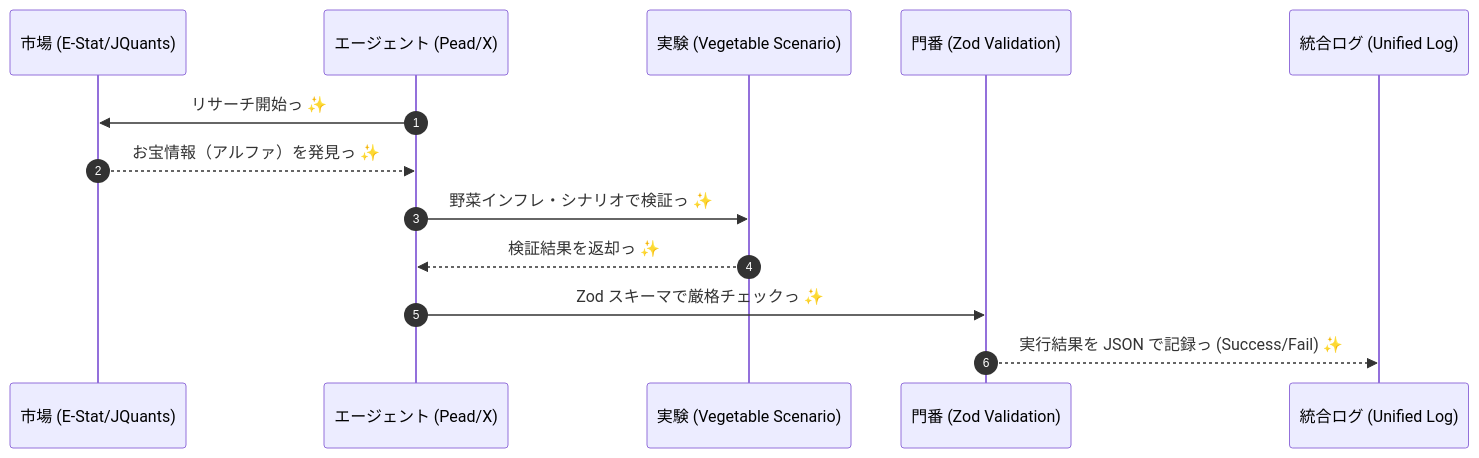
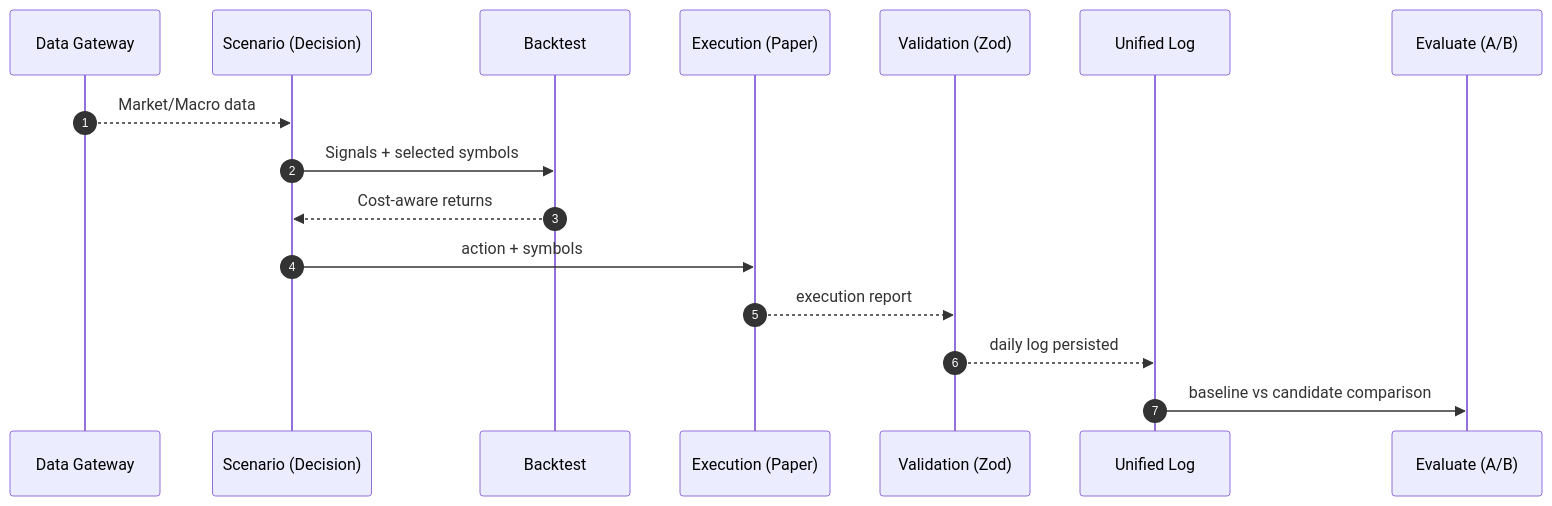
One commit to KAFKA2306/investor changed the diagram in .agent/workflows/daily.md. Above: the diagram before and after it, drawn with Mermaid. The commit also changed other lines of this file and 9 other files, not shown here.

````diff
--- a/.agent/workflows/daily.md
+++ b/.agent/workflows/daily.md
@@ -9,16 +10,19 @@
 ```mermaid
 sequenceDiagram
     autonumber
-    participant M as 市場 (E-Stat/JQuants)
-    participant A as エージェント (Pead/X)
-    participant E as 実験 (Vegetable Scenario)
-    participant Z as 門番 (Zod Validation)
-    participant L as 統合ログ (Unified Log)
+    participant D as Data Gateway
+    participant S as Scenario (Decision)
+    participant B as Backtest
+    participant X as Execution (Paper)
+    participant V as Validation (Zod)
+    participant L as Unified Log
+    participant E as Evaluate (A/B)
 
-    A->>M: リサーチ開始っ ✨
-    M-->>A: お宝情報（アルファ）を発見っ ✨
-    A->>E: 野菜インフレ・シナリオで検証っ ✨
-    E-->>A: 検証結果を返却っ ✨
-    A->>Z: Zod スキーマで厳格チェックっ ✨
-    Z-->>L: 実行結果を JSON で記録っ (Success/Fail) ✨
+    D-->>S: Market/Macro data
+    S->>B: Signals + selected symbols
+    B-->>S: Cost-aware returns
+    S->>X: action + symbols
+    X-->>V: execution report
+    V-->>L: daily log persisted
+    L->>E: baseline vs candidate comparison
 ```
````
